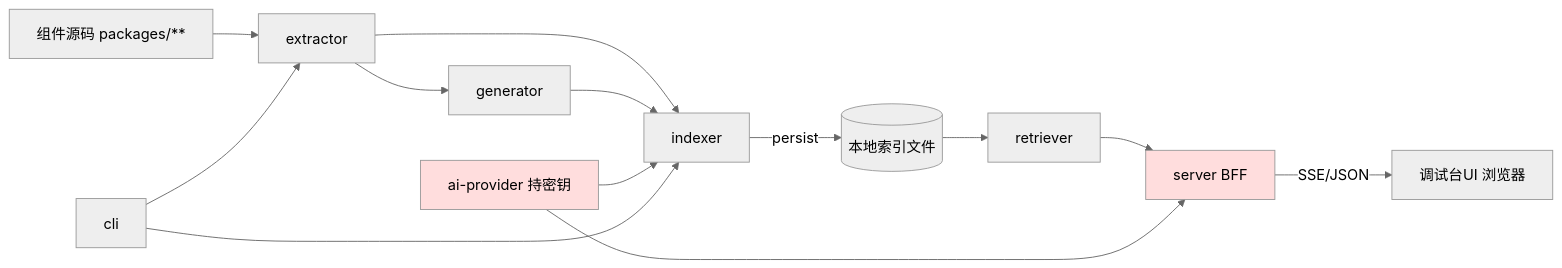
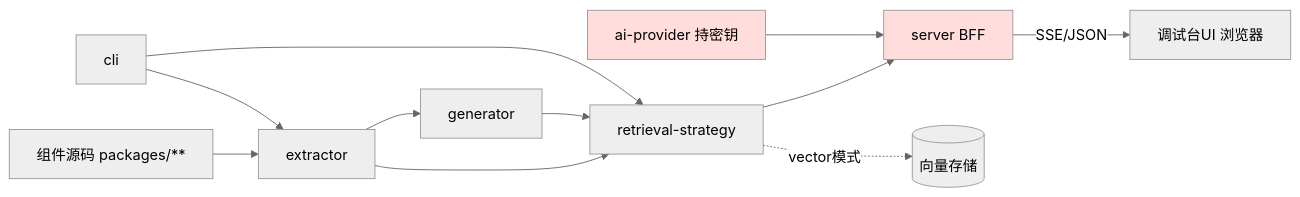
Before and after one commit to moluoxixi/vue-components: the second of 4 diagrams in docs/plan/backend/组件AI文档与调试助手.md, drawn with Mermaid (neutral theme). The commit also changed other lines of this file and 39 other files, not shown here.

````diff
--- a/docs/plan/backend/组件AI文档与调试助手.md
+++ b/docs/plan/backend/组件AI文档与调试助手.md
@@ -43,17 +43,15 @@
 ```mermaid
 flowchart LR
   src[组件源码 packages/**] --> ext[extractor]
   ext --> gen[generator]
-  ext --> idx[indexer]
-  gen --> idx
-  idx -->|persist| store[(本地索引文件)]
-  store --> ret[retriever]
-  ret --> srv[server BFF]
+  ext --> strat[retrieval-strategy]
+  gen --> strat
+  strat --> srv[server BFF]
+  strat -. vector模式 .-> store[(向量存储)]
   ai[ai-provider 持密钥] --> srv
-  ai --> idx
   srv -->|SSE/JSON| ui[调试台UI 浏览器]
   cli[cli] --> ext
-  cli --> idx
+  cli --> strat
   classDef secret fill:#fdd
   class ai,srv secret
 ```
````
